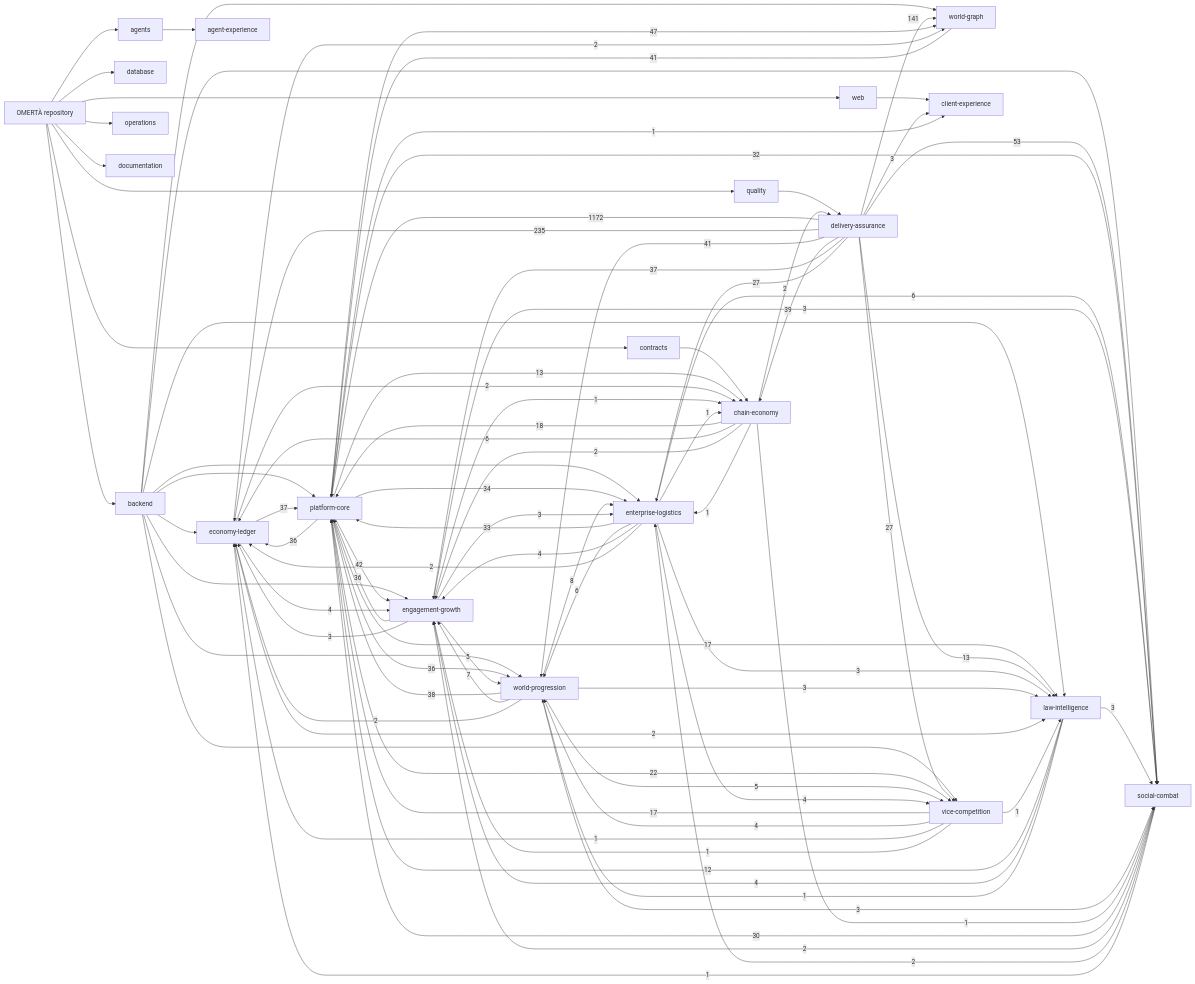
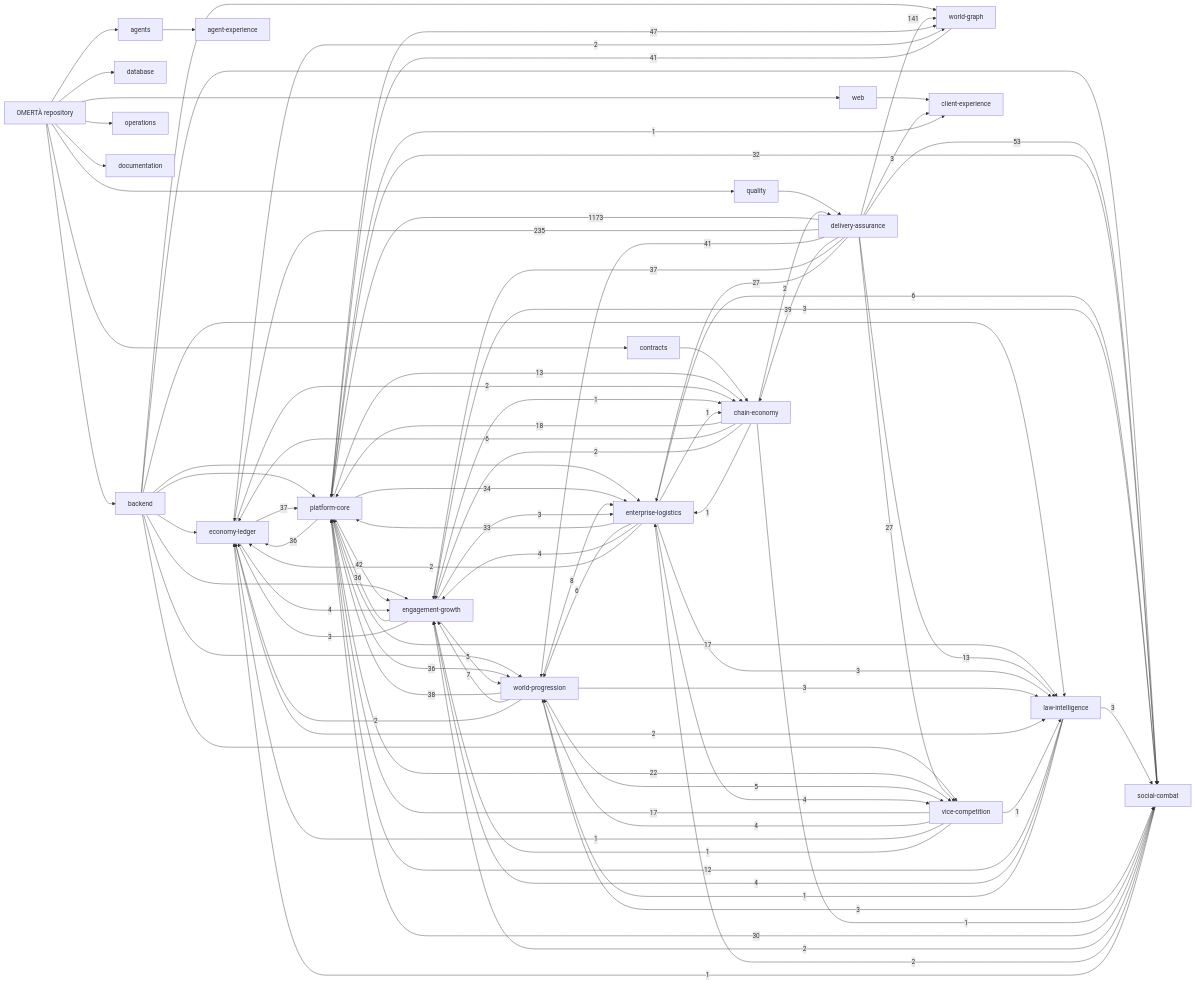
The diagram in knowledge/generated/graph.mmd (OmertaDev/Omerta), drawn with Mermaid before and after one commit. The commit also changed 6 other files, not shown here.

```diff
--- a/knowledge/generated/graph.mmd
+++ b/knowledge/generated/graph.mmd
@@ -1,111 +1,111 @@
 flowchart LR
   repo["OMERTÀ repository"]
   sub_backend["backend"]
   repo --> sub_backend
   sub_database["database"]
   repo --> sub_database
   sub_web["web"]
   repo --> sub_web
   sub_contracts["contracts"]
   repo --> sub_contracts
   sub_agents["agents"]
   repo --> sub_agents
   sub_quality["quality"]
   repo --> sub_quality
   sub_operations["operations"]
   repo --> sub_operations
   sub_documentation["documentation"]
   repo --> sub_documentation
   dom_platform-core["platform-core"]
   dom_economy-ledger["economy-ledger"]
   dom_social-combat["social-combat"]
   dom_world-progression["world-progression"]
   dom_world-graph["world-graph"]
   dom_enterprise-logistics["enterprise-logistics"]
   dom_vice-competition["vice-competition"]
   dom_law-intelligence["law-intelligence"]
   dom_chain-economy["chain-economy"]
   dom_engagement-growth["engagement-growth"]
   dom_client-experience["client-experience"]
   dom_agent-experience["agent-experience"]
   dom_delivery-assurance["delivery-assurance"]
   sub_agents --> dom_agent-experience
   sub_backend --> dom_economy-ledger
   sub_backend --> dom_engagement-growth
   sub_backend --> dom_enterprise-logistics
   sub_backend --> dom_law-intelligence
   sub_backend --> dom_platform-core
   sub_backend --> dom_social-combat
   sub_backend --> dom_vice-competition
   sub_backend --> dom_world-graph
   sub_backend --> dom_world-progression
   sub_contracts --> dom_chain-economy
   sub_quality --> dom_delivery-assurance
   sub_web --> dom_client-experience
-  dom_delivery-assurance -->|1172| dom_platform-core
+  dom_delivery-assurance -->|1173| dom_platform-core
   dom_delivery-assurance -->|235| dom_economy-ledger
   dom_delivery-assurance -->|141| dom_world-graph
   dom_delivery-assurance -->|53| dom_social-combat
   dom_platform-core -->|47| dom_world-graph
   dom_platform-core -->|42| dom_engagement-growth
   dom_delivery-assurance -->|41| dom_world-progression
   dom_world-graph -->|41| dom_platform-core
   dom_delivery-assurance -->|39| dom_chain-economy
   dom_world-progression -->|38| dom_platform-core
   dom_delivery-assurance -->|37| dom_engagement-growth
   dom_economy-ledger -->|37| dom_platform-core
   dom_engagement-growth -->|36| dom_platform-core
   dom_platform-core -->|36| dom_economy-ledger
   dom_platform-core -->|36| dom_world-progression
   dom_platform-core -->|34| dom_enterprise-logistics
   dom_enterprise-logistics -->|33| dom_platform-core
   dom_platform-core -->|32| dom_social-combat
   dom_social-combat -->|30| dom_platform-core
   dom_delivery-assurance -->|27| dom_enterprise-logistics
   dom_delivery-assurance -->|27| dom_vice-competition
   dom_platform-core -->|22| dom_vice-competition
   dom_chain-economy -->|18| dom_platform-core
   dom_platform-core -->|17| dom_law-intelligence
   dom_vice-competition -->|17| dom_platform-core
   dom_delivery-assurance -->|13| dom_law-intelligence
   dom_platform-core -->|13| dom_chain-economy
   dom_law-intelligence -->|12| dom_platform-core
   dom_world-progression -->|8| dom_enterprise-logistics
   dom_world-progression -->|7| dom_engagement-growth
   dom_chain-economy -->|6| dom_economy-ledger
   dom_enterprise-logistics -->|6| dom_social-combat
   dom_enterprise-logistics -->|6| dom_world-progression
   dom_engagement-growth -->|5| dom_world-progression
   dom_world-progression -->|5| dom_vice-competition
   dom_economy-ledger -->|4| dom_engagement-growth
   dom_enterprise-logistics -->|4| dom_engagement-growth
   dom_enterprise-logistics -->|4| dom_vice-competition
   dom_law-intelligence -->|4| dom_engagement-growth
   dom_vice-competition -->|4| dom_world-progression
   dom_delivery-assurance -->|3| dom_client-experience
   dom_engagement-growth -->|3| dom_economy-ledger
   dom_engagement-growth -->|3| dom_enterprise-logistics
   dom_engagement-growth -->|3| dom_social-combat
   dom_enterprise-logistics -->|3| dom_law-intelligence
   dom_law-intelligence -->|3| dom_social-combat
   dom_world-progression -->|3| dom_law-intelligence
   dom_world-progression -->|3| dom_social-combat
   dom_chain-economy -->|2| dom_delivery-assurance
   dom_chain-economy -->|2| dom_engagement-growth
   dom_economy-ledger -->|2| dom_chain-economy
   dom_economy-ledger -->|2| dom_law-intelligence
   dom_economy-ledger -->|2| dom_world-graph
   dom_enterprise-logistics -->|2| dom_economy-ledger
   dom_social-combat -->|2| dom_engagement-growth
   dom_social-combat -->|2| dom_enterprise-logistics
   dom_world-progression -->|2| dom_economy-ledger
   dom_chain-economy -->|1| dom_enterprise-logistics
   dom_chain-economy -->|1| dom_social-combat
   dom_engagement-growth -->|1| dom_chain-economy
   dom_enterprise-logistics -->|1| dom_chain-economy
   dom_law-intelligence -->|1| dom_world-progression
   dom_platform-core -->|1| dom_client-experience
   dom_social-combat -->|1| dom_economy-ledger
   dom_vice-competition -->|1| dom_economy-ledger
   dom_vice-competition -->|1| dom_engagement-growth
   dom_vice-competition -->|1| dom_law-intelligence
```
